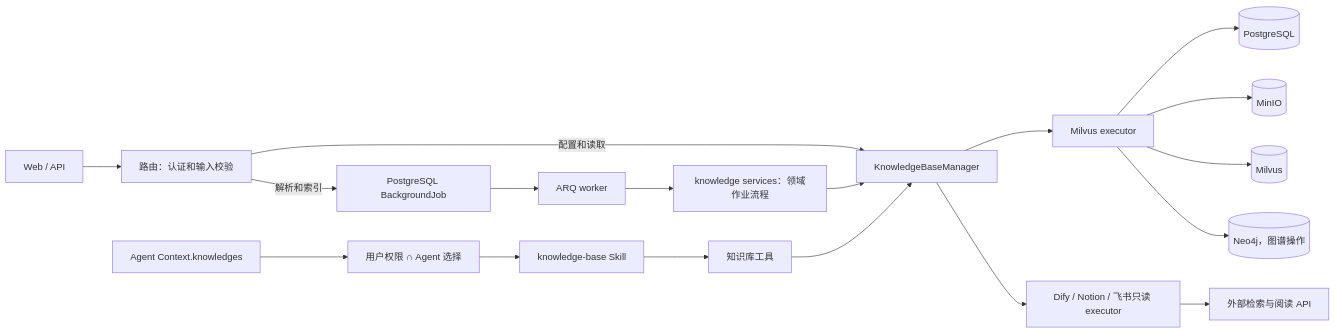
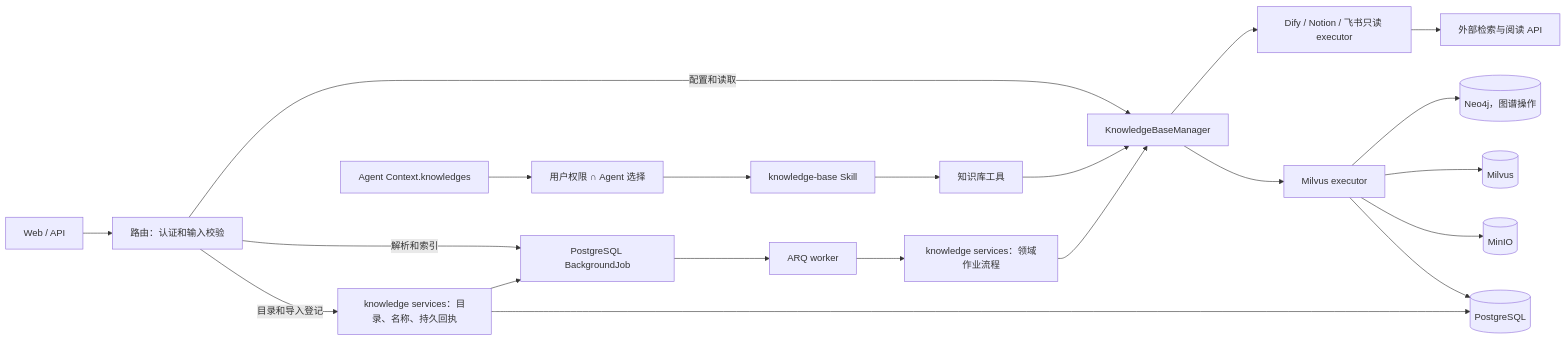
One commit to xerrors/Yuxi-Know changed the first of 2 diagrams in docs/mechanisms/knowledge-base.md. Above: the diagram before and after it, drawn with Mermaid. The commit also changed other lines of this file and 55 other files, not shown here.

````diff
--- a/docs/mechanisms/knowledge-base.md
+++ b/docs/mechanisms/knowledge-base.md
@@ -23,21 +23,24 @@
 ```mermaid
 flowchart LR
     UI["Web / API"] --> Router["路由：认证和输入校验"]
-    Router -->|解析和索引| Task["PostgreSQL BackgroundJob"]
+    Router -->|目录和导入登记| Import["knowledge services：目录、名称、持久回执"]
+    Import --> PG
+    Import --> Task["PostgreSQL BackgroundJob"]
+    Router -->|解析和索引| Task
     Router -->|配置和读取| Manager
     Task --> Worker["ARQ worker"]
     Worker --> Handler["knowledge services：领域作业流程"]
     Handler --> Manager["KnowledgeBaseManager"]
     Manager --> MilvusKB["Milvus executor"]
     Manager --> Connector["Dify / Notion / 飞书只读 executor"]
     MilvusKB --> PG[("PostgreSQL")]
     MilvusKB --> Object[("MinIO")]
     MilvusKB --> Vector[("Milvus")]
     MilvusKB --> Graph[("Neo4j，图谱操作")]
     Connector --> External["外部检索与阅读 API"]
 
     Context["Agent Context.knowledges"] --> Visible["用户权限 ∩ Agent 选择"]
     Visible --> Skill["knowledge-base Skill"]
     Skill --> Tools["知识库工具"]
     Tools --> Manager
 ```
````
